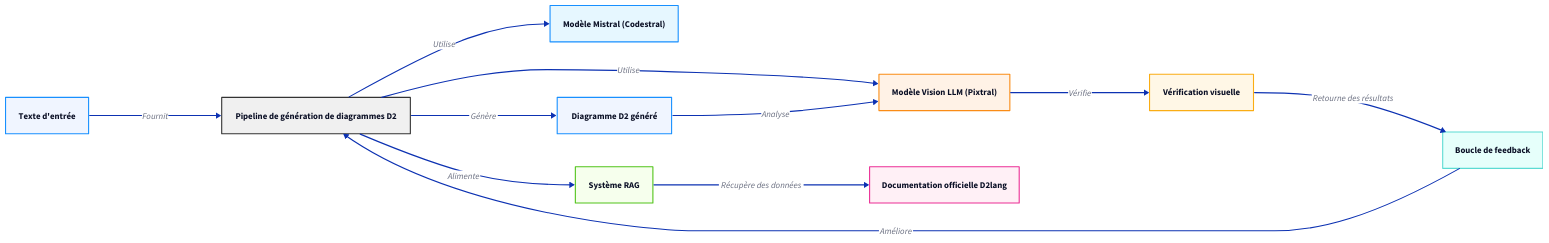
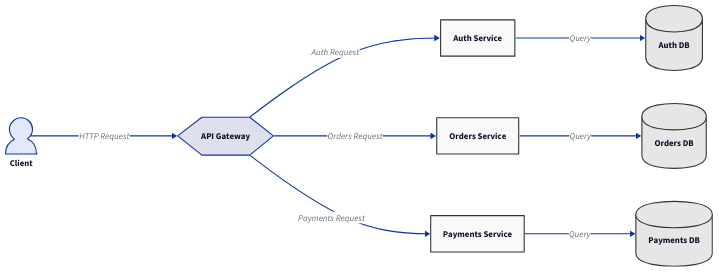
One commit to Ibne29/d2lang-vision-llm changed the diagram in out/diagram_iter1.d2. Above: the diagram before and after it, drawn with D2. The commit also changed 14 other files, not shown here.

```diff
--- a/out/diagram_iter1.d2
+++ b/out/diagram_iter1.d2
@@ -1,102 +1,65 @@
 direction: right
 
-pipeline: {
+client: Client {
+  shape: person
+}
+
+api_gateway: API Gateway {
+  shape: hexagon
+}
+
+auth_service: Auth Service {
   shape: rectangle
-  label: "Pipeline de génération de diagrammes D2"
   style: {
-    fill: "#f0f0f0"
+    fill: "#f9f9f9"
     stroke: "#333"
-    stroke-width: 2
   }
 }
 
-mistral_model: {
+orders_service: Orders Service {
   shape: rectangle
-  label: "Modèle Mistral (Codestral)"
   style: {
-    fill: "#e6f7ff"
-    stroke: "#1890ff"
-    stroke-width: 2
+    fill: "#f9f9f9"
+    stroke: "#333"
   }
 }
 
-pixtral_model: {
+payments_service: Payments Service {
   shape: rectangle
-  label: "Modèle Vision LLM (Pixtral)"
   style: {
-    fill: "#fff2e6"
-    stroke: "#fa8c16"
-    stroke-width: 2
+    fill: "#f9f9f9"
+    stroke: "#333"
   }
 }
 
-rag_system: {
-  shape: rectangle
-  label: "Système RAG"
+auth_db: Auth DB {
+  shape: cylinder
   style: {
-    fill: "#f6ffed"
-    stroke: "#52c41a"
-    stroke-width: 2
+    fill: "#e6e6e6"
+    stroke: "#333"
   }
 }
 
-d2_docs: {
-  shape: rectangle
-  label: "Documentation officielle D2lang"
+orders_db: Orders DB {
+  shape: cylinder
   style: {
-    fill: "#fff0f6"
-    stroke: "#eb2f96"
-    stroke-width: 2
+    fill: "#e6e6e6"
+    stroke: "#333"
   }
 }
 
-text_input: {
-  shape: rectangle
-  label: "Texte d'entrée"
+payments_db: Payments DB {
+  shape: cylinder
   style: {
-    fill: "#f0f5ff"
-    stroke: "#1890ff"
-    stroke-width: 2
+    fill: "#e6e6e6"
+    stroke: "#333"
   }
 }
 
-diagram_output: {
-  shape: rectangle
-  label: "Diagramme D2 généré"
-  style: {
-    fill: "#f0f5ff"
-    stroke: "#1890ff"
-    stroke-width: 2
-  }
-}
-
-visual_check: {
-  shape: rectangle
-  label: "Vérification visuelle"
-  style: {
-    fill: "#fff7e6"
-    stroke: "#faad14"
-    stroke-width: 2
-  }
-}
-
-feedback_loop: {
-  shape: rectangle
-  label: "Boucle de feedback"
-  style: {
-    fill: "#e6fffb"
-    stroke: "#5cdbd3"
-    stroke-width: 2
-  }
-}
-
-pipeline -> mistral_model: "Utilise"
-pipeline -> pixtral_model: "Utilise"
-pipeline -> rag_system: "Alimente"
-rag_system -> d2_docs: "Récupère des données"
-text_input -> pipeline: "Fournit"
-pipeline -> diagram_output: "Génère"
-diagram_output -> pixtral_model: "Analyse"
-pixtral_model -> visual_check: "Vérifie"
-visual_check -> feedback_loop: "Retourne des résultats"
-feedback_loop -> pipeline: "Améliore"
+client -> api_gateway: HTTP Request
+api_gateway -> auth_service: Auth Request
+api_gateway -> orders_service: Orders Request
+api_gateway -> payments_service: Payments Request
+auth_service -> auth_db: Query
+orders_service -> orders_db: Query
+payments_service -> payments_db: Query
```
